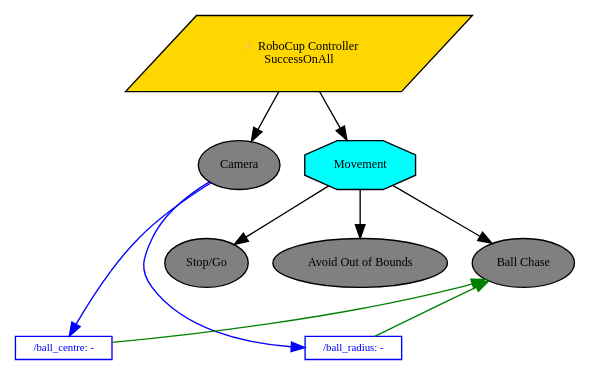
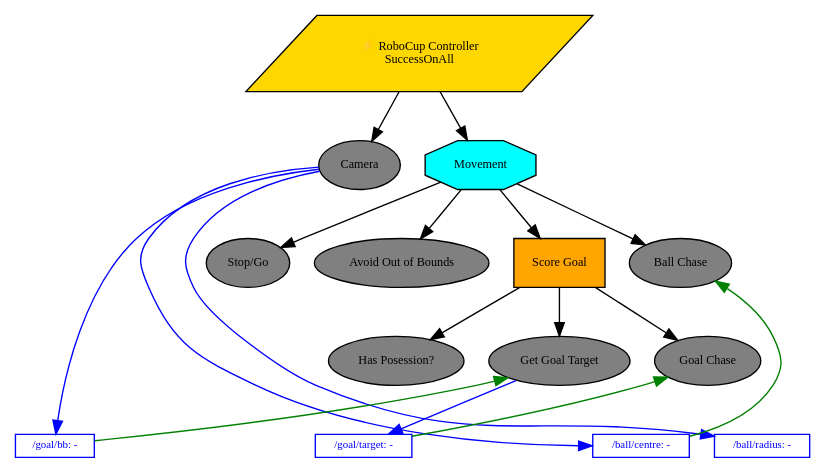
One commit to debater-coder/robocup-26 changed the diagram in controller/robocup_controller.dot. Above: the diagram before and after it, drawn with Graphviz. The commit also changed 8 other files, not shown here.

Commit message:
feat: basic score goal strategy

```diff
--- a/controller/robocup_controller.dot
+++ b/controller/robocup_controller.dot
@@ -1,28 +1,41 @@
 digraph pastafarianism {
 ordering=out;
 graph [fontname="times-roman"];
 node [fontname="times-roman"];
 edge [fontname="times-roman"];
 "RoboCup Controller" [label="⚡ RoboCup Controller\nSuccessOnAll", shape=parallelogram, style=filled, fillcolor=gold, fontsize=9, fontcolor=black];
 Camera [label=Camera, shape=ellipse, style=filled, fillcolor=gray, fontsize=9, fontcolor=black];
 "RoboCup Controller" -> Camera;
 Movement [label=Movement, shape=octagon, style=filled, fillcolor=cyan, fontsize=9, fontcolor=black];
 "RoboCup Controller" -> Movement;
 "Stop/Go" [label="Stop/Go", shape=ellipse, style=filled, fillcolor=gray, fontsize=9, fontcolor=black];
 Movement -> "Stop/Go";
 "Avoid Out of Bounds" [label="Avoid Out of Bounds", shape=ellipse, style=filled, fillcolor=gray, fontsize=9, fontcolor=black];
 Movement -> "Avoid Out of Bounds";
+"Score Goal" [label="Score Goal", shape=box, style=filled, fillcolor=orange, fontsize=9, fontcolor=black];
+Movement -> "Score Goal";
+"Has Posession?" [label="Has Posession?", shape=ellipse, style=filled, fillcolor=gray, fontsize=9, fontcolor=black];
+"Score Goal" -> "Has Posession?";
+"Get Goal Target" [label="Get Goal Target", shape=ellipse, style=filled, fillcolor=gray, fontsize=9, fontcolor=black];
+"Score Goal" -> "Get Goal Target";
+"Goal Chase" [label="Goal Chase", shape=ellipse, style=filled, fillcolor=gray, fontsize=9, fontcolor=black];
+"Score Goal" -> "Goal Chase";
 "Ball Chase" [label="Ball Chase", shape=ellipse, style=filled, fillcolor=gray, fontsize=9, fontcolor=black];
 Movement -> "Ball Chase";
-"/ball_centre" -> "Ball Chase" [color=green, constraint=false, weight=0];
-Camera -> "/ball_centre" [color=blue, constraint=false, weight=0];
-"/ball_radius" -> "Ball Chase" [color=green, constraint=false, weight=0];
-Camera -> "/ball_radius" [color=blue, constraint=false, weight=0];
+"/goal/bb" -> "Get Goal Target" [color=green, constraint=false, weight=0];
+Camera -> "/goal/bb" [color=blue, constraint=false, weight=0];
+"/ball/centre" -> "Ball Chase" [color=green, constraint=false, weight=0];
+Camera -> "/ball/centre" [color=blue, constraint=false, weight=0];
+"/goal/target" -> "Goal Chase" [color=green, constraint=false, weight=0];
+"Get Goal Target" -> "/goal/target" [color=blue, constraint=false, weight=0];
+Camera -> "/ball/radius" [color=blue, constraint=false, weight=0];
 subgraph Blackboard {
 id=Blackboard;
 label=Blackboard;
 rank=sink;
-"/ball_centre" [label="/ball_centre: -", shape=box, style=filled, color=blue, fillcolor=white, fontsize=8, fontcolor=blue, width=0, height=0, fixedsize=false];
-"/ball_radius" [label="/ball_radius: -", shape=box, style=filled, color=blue, fillcolor=white, fontsize=8, fontcolor=blue, width=0, height=0, fixedsize=false];
+"/goal/bb" [label="/goal/bb: -", shape=box, style=filled, color=blue, fillcolor=white, fontsize=8, fontcolor=blue, width=0, height=0, fixedsize=false];
+"/ball/centre" [label="/ball/centre: -", shape=box, style=filled, color=blue, fillcolor=white, fontsize=8, fontcolor=blue, width=0, height=0, fixedsize=false];
+"/goal/target" [label="/goal/target: -", shape=box, style=filled, color=blue, fillcolor=white, fontsize=8, fontcolor=blue, width=0, height=0, fixedsize=false];
+"/ball/radius" [label="/ball/radius: -", shape=box, style=filled, color=blue, fillcolor=white, fontsize=8, fontcolor=blue, width=0, height=0, fixedsize=false];
 }
 }
```
